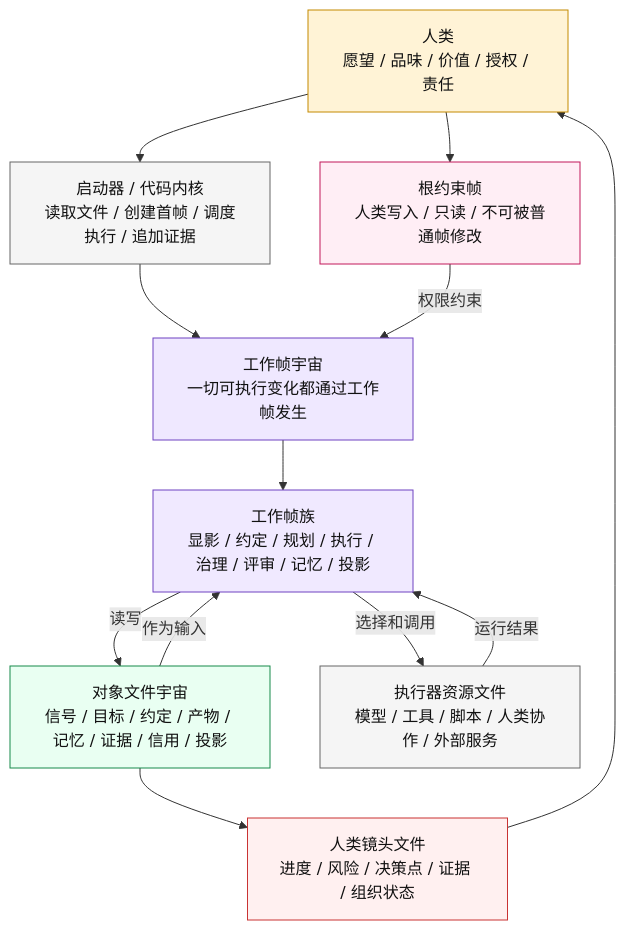
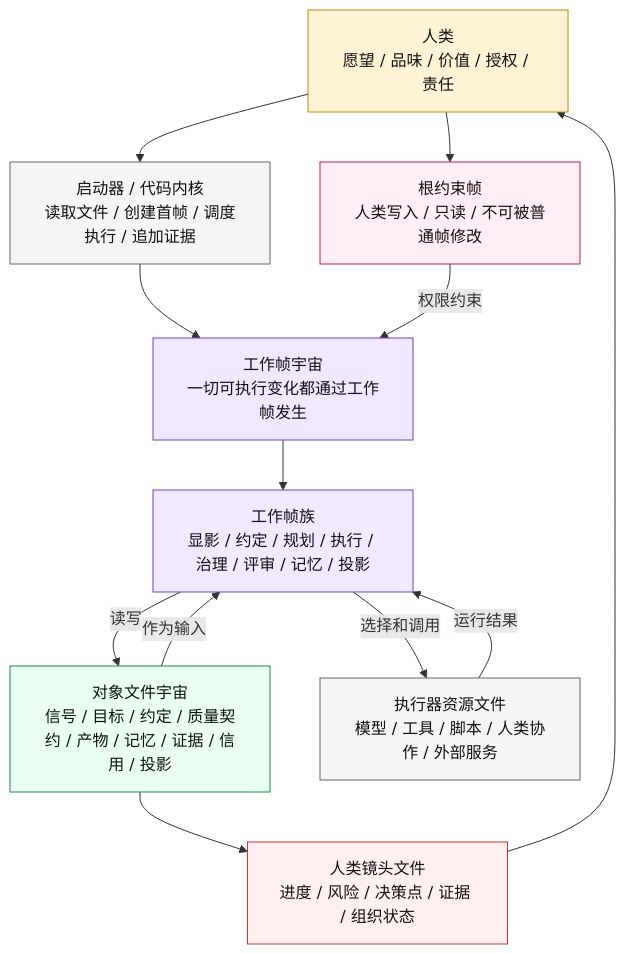
One commit to tiachuaxiyashua/cyber-editor changed the first of 10 diagrams in truth/00-当前真相源-人工智能软件社会帧元架构.md. Above: the diagram before and after it, drawn with Mermaid. The commit also changed other lines of this file, not shown here.

````diff
--- a/truth/00-当前真相源-人工智能软件社会帧元架构.md
+++ b/truth/00-当前真相源-人工智能软件社会帧元架构.md
@@ -76,34 +76,34 @@
 ```mermaid
 flowchart TB
   人类["人类<br/>愿望 / 品味 / 价值 / 授权 / 责任"]:::human
 
   启动器["启动器 / 代码内核<br/>读取文件 / 创建首帧 / 调度执行 / 追加证据"]:::kernel
   根约束帧["根约束帧<br/>人类写入 / 只读 / 不可被普通帧修改"]:::rootFrame
 
   帧宇宙["工作帧宇宙<br/>一切可执行变化都通过工作帧发生"]:::frameWorld
   帧族["工作帧族<br/>显影 / 约定 / 规划 / 执行 / 治理 / 评审 / 记忆 / 投影"]:::frameFamily
 
-  对象文件["对象文件宇宙<br/>信号 / 目标 / 约定 / 产物 / 记忆 / 证据 / 信用 / 投影"]:::fileObject
+  对象文件["对象文件宇宙<br/>信号 / 目标 / 约定 / 质量契约 / 产物 / 记忆 / 证据 / 信用 / 投影"]:::fileObject
   执行器文件["执行器资源文件<br/>模型 / 工具 / 脚本 / 人类协作 / 外部服务"]:::executor
   镜头文件["人类镜头文件<br/>进度 / 风险 / 决策点 / 证据 / 组织状态"]:::lens
 
   人类 --> 启动器
   人类 --> 根约束帧
   启动器 --> 帧宇宙
   根约束帧 -->|权限约束| 帧宇宙
   帧宇宙 --> 帧族
   帧族 -->|读写| 对象文件
   对象文件 -->|作为输入| 帧族
   帧族 -->|选择和调用| 执行器文件
   执行器文件 -->|运行结果| 帧族
   对象文件 --> 镜头文件 --> 人类
 
   classDef human fill:#fff3d6,stroke:#c48a00,color:#111;
   classDef kernel fill:#f5f5f5,stroke:#666,color:#111;
   classDef rootFrame fill:#ffeef5,stroke:#c2185b,color:#111;
   classDef frameWorld fill:#efe8ff,stroke:#6f42c1,color:#111;
   classDef frameFamily fill:#f0e9ff,stroke:#6f42c1,color:#111;
   classDef fileObject fill:#e9fff2,stroke:#168a4a,color:#111;
   classDef executor fill:#f5f5f5,stroke:#666,color:#111;
   classDef lens fill:#fff0f0,stroke:#c93333,color:#111;
 ```
````
